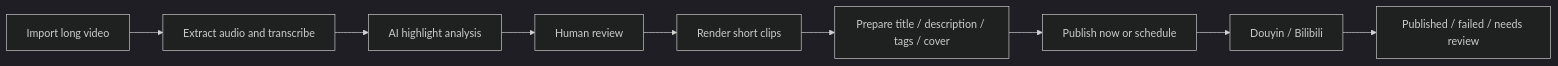
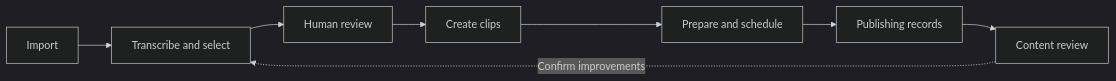
Before and after one commit to damingishere-coder/Ai-Clip-Workflow: the diagram in README.en.md, drawn with Mermaid (dark theme). The commit also changed other lines of this file and 147 other files, not shown here.

````diff
--- a/README.en.md
+++ b/README.en.md
@@ -74,11 +29,10 @@
 ```mermaid
 flowchart LR
-    A[Import long video] --> B[Extract audio and transcribe]
-    B --> C[AI highlight analysis]
-    C --> D[Human review]
-    D --> E[Render short clips]
-    E --> F[Prepare title / description / tags / cover]
-    F --> G[Publish now or schedule]
-    G --> H[Douyin / Bilibili]
-    H --> I[Published / failed / needs review]
+    A[Import] --> B[Transcribe and select]
+    B --> C[Human review]
+    C --> D[Create clips]
+    D --> E[Prepare and schedule]
+    E --> F[Publishing records]
+    F --> G[Content review]
+    G -. Confirm improvements .-> B
 ```
````
